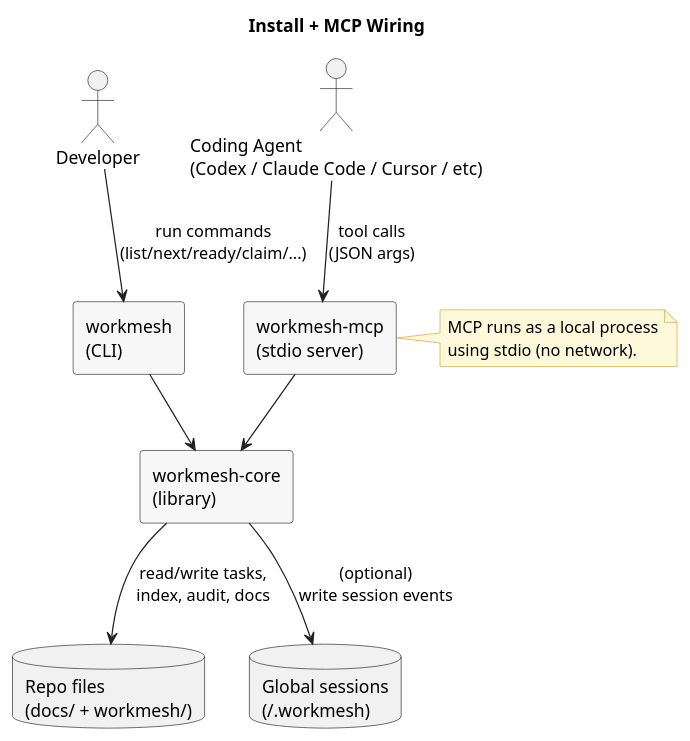
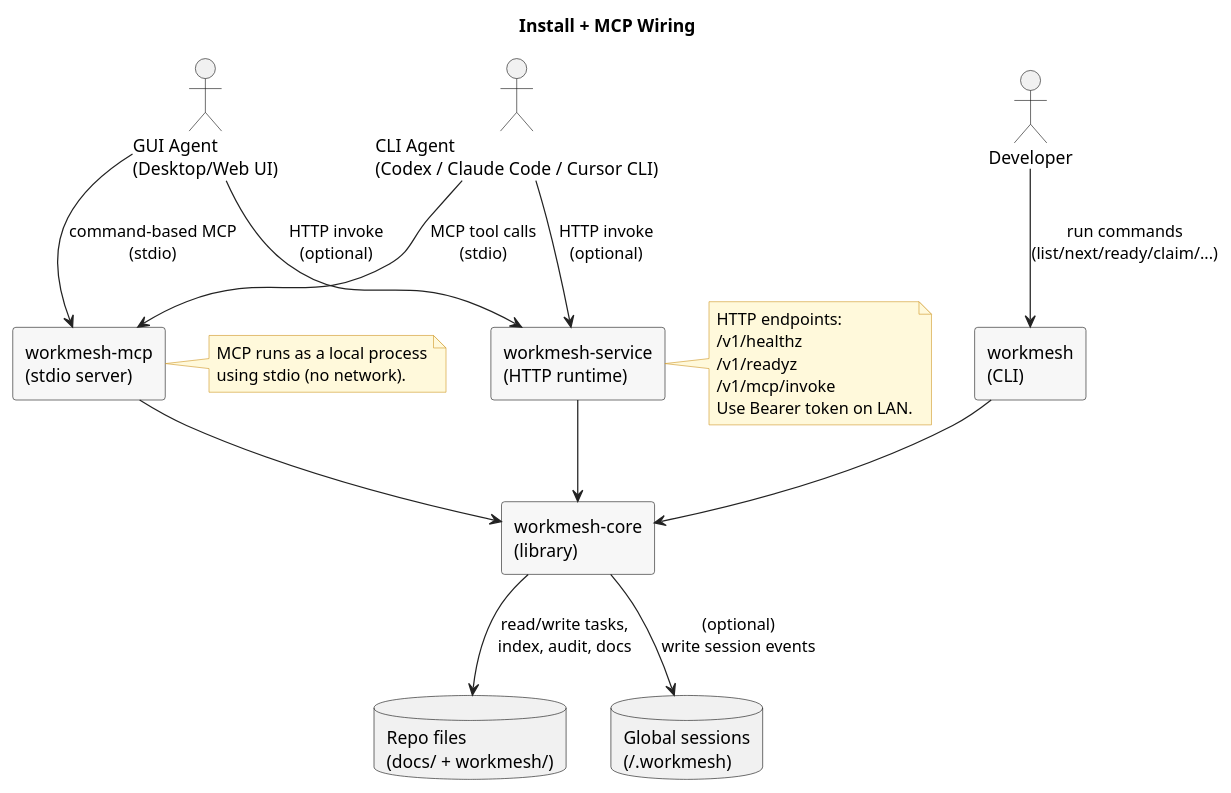
Before and after one commit to luislobo/workmesh: the diagram in docs/diagrams/install-and-mcp.puml, drawn with PlantUML. The commit also changed 14 other files, not shown here.

```diff
--- a/docs/diagrams/install-and-mcp.puml
+++ b/docs/diagrams/install-and-mcp.puml
@@ -1,35 +1,49 @@
 @startuml
 title Install + MCP Wiring
 
 skinparam shadowing false
 skinparam backgroundColor white
 skinparam componentStyle rectangle
 skinparam ArrowColor #222222
 skinparam ComponentBorderColor #222222
 skinparam ComponentBackgroundColor #F7F7F7
 skinparam NoteBackgroundColor #FFF9DB
 skinparam NoteBorderColor #D09B2C
 
 actor Developer
-actor "Coding Agent\n(Codex / Claude Code / Cursor / etc)" as Agent
+actor "CLI Agent\n(Codex / Claude Code / Cursor CLI)" as AgentCli
+actor "GUI Agent\n(Desktop/Web UI)" as AgentGui
 
 component "workmesh\n(CLI)" as CLI
 component "workmesh-mcp\n(stdio server)" as MCP
+component "workmesh-service\n(HTTP runtime)" as Service
 component "workmesh-core\n(library)" as Core
 database "Repo files\n(docs/ + workmesh/)" as Repo
 database "Global sessions\n(~/.workmesh)" as Global
 
 Developer --> CLI : run commands\n(list/next/ready/claim/...)
 CLI --> Core
 Core --> Repo : read/write tasks,\nindex, audit, docs
 Core --> Global : (optional)\nwrite session events
 
-Agent --> MCP : tool calls\n(JSON args)
+AgentCli --> MCP : MCP tool calls\n(stdio)
 MCP --> Core
+AgentGui --> MCP : command-based MCP\n(stdio)
+AgentCli --> Service : HTTP invoke\n(optional)
+AgentGui --> Service : HTTP invoke\n(optional)
+Service --> Core
 
 note right of MCP
   MCP runs as a local process
   using stdio (no network).
 end note
 
+note right of Service
+  HTTP endpoints:
+  /v1/healthz
+  /v1/readyz
+  /v1/mcp/invoke
+  Use Bearer token on LAN.
+end note
+
 @enduml
```
